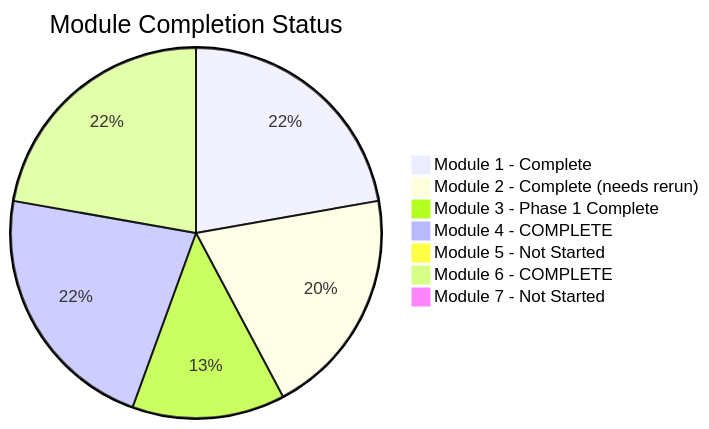
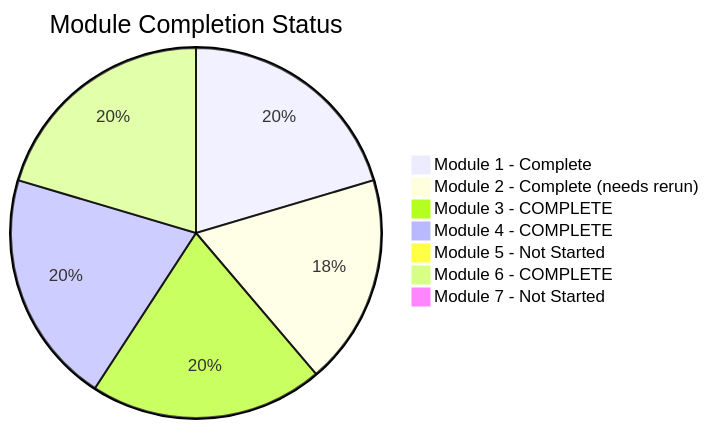
One commit to moinhs1/extracting-features changed the second of 3 diagrams in docs/progress.md. Above: the diagram before and after it, drawn with Mermaid. The commit also changed other lines of this file and 3 other files, not shown here.

````diff
--- a/docs/progress.md
+++ b/docs/progress.md
@@ -63,10 +64,10 @@
 ```mermaid
 pie title Module Completion Status
     "Module 1 - Complete" : 100
     "Module 2 - Complete (needs rerun)" : 90
-    "Module 3 - Phase 1 Complete" : 60
+    "Module 3 - COMPLETE" : 100
     "Module 4 - COMPLETE" : 100
     "Module 5 - Not Started" : 0
     "Module 6 - COMPLETE" : 100
     "Module 7 - Not Started" : 0
 ```
````
